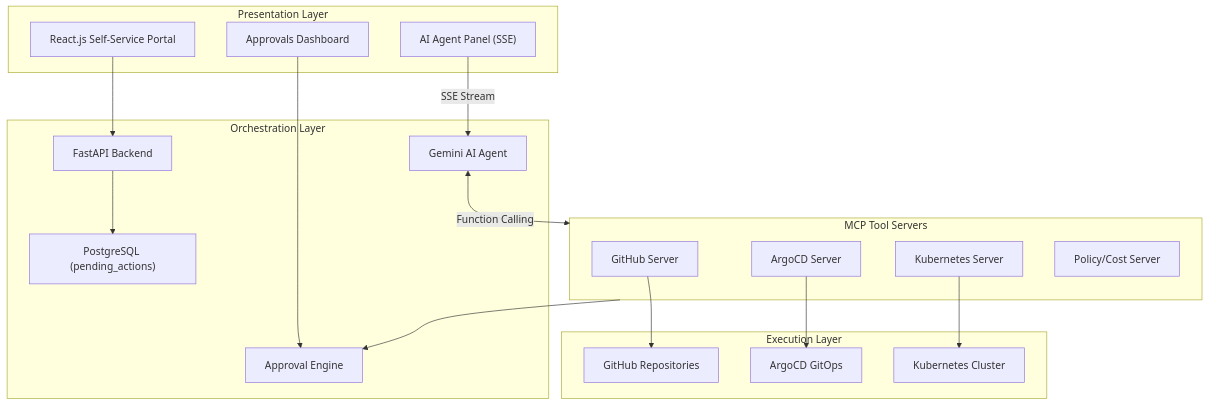
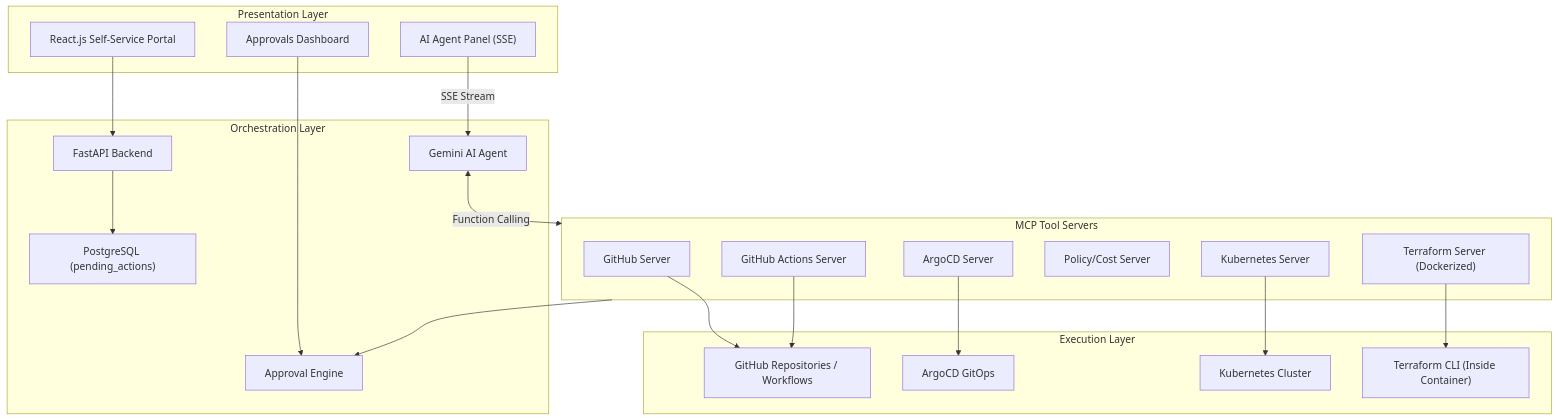
The diagram in README.md (Helly121/IDP), drawn with Mermaid before and after one commit. The commit also changed other lines of this file and 15 other files, not shown here.

````diff
--- a/README.md
+++ b/README.md
@@ -9,40 +9,45 @@
 ```mermaid
 graph TB
     subgraph Presentation["Presentation Layer"]
         UI["React.js Self-Service Portal"]
         AP["AI Agent Panel (SSE)"]
         AD["Approvals Dashboard"]
     end
 
     subgraph Orchestration["Orchestration Layer"]
         API["FastAPI Backend"]
         AGENT["Gemini AI Agent"]
         HITL["Approval Engine"]
         DB["PostgreSQL (pending_actions)"]
     end
 
     subgraph MCP["MCP Tool Servers"]
         MCP_GH["GitHub Server"]
         MCP_K8S["Kubernetes Server"]
         MCP_ARGO["ArgoCD Server"]
         MCP_POL["Policy/Cost Server"]
+        MCP_TF["Terraform Server (Dockerized)"]
+        MCP_CICD["GitHub Actions Server"]
     end
 
     subgraph Execution["Execution Layer"]
-        GH["GitHub Repositories"]
+        GH["GitHub Repositories / Workflows"]
         ARGO["ArgoCD GitOps"]
         K8S["Kubernetes Cluster"]
+        TF_CLI["Terraform CLI (Inside Container)"]
     end
 
     UI --> API
     AP -- "SSE Stream" --> AGENT
     AD --> HITL
     API --> DB
     
     AGENT <--> |"Function Calling"| MCP
     MCP --> HITL
     
     MCP_GH --> GH
     MCP_K8S --> K8S
     MCP_ARGO --> ARGO
+    MCP_TF --> TF_CLI
+    MCP_CICD --> GH
 ```
````
